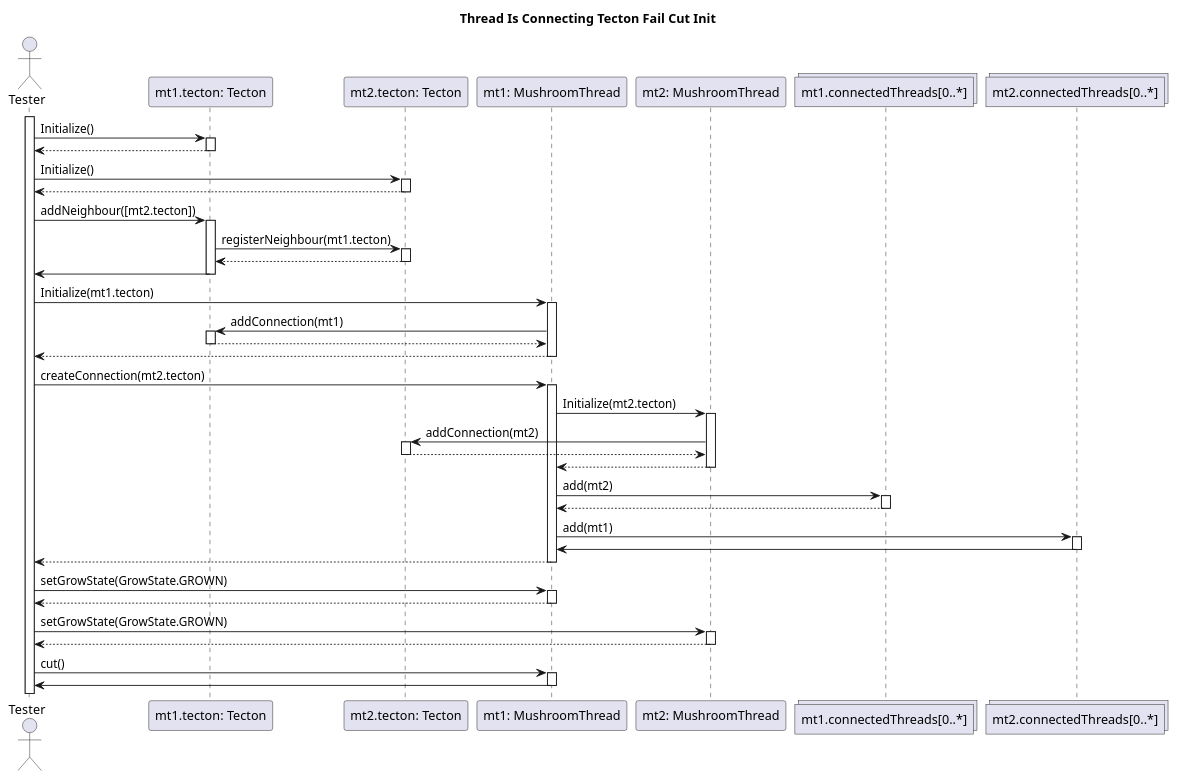
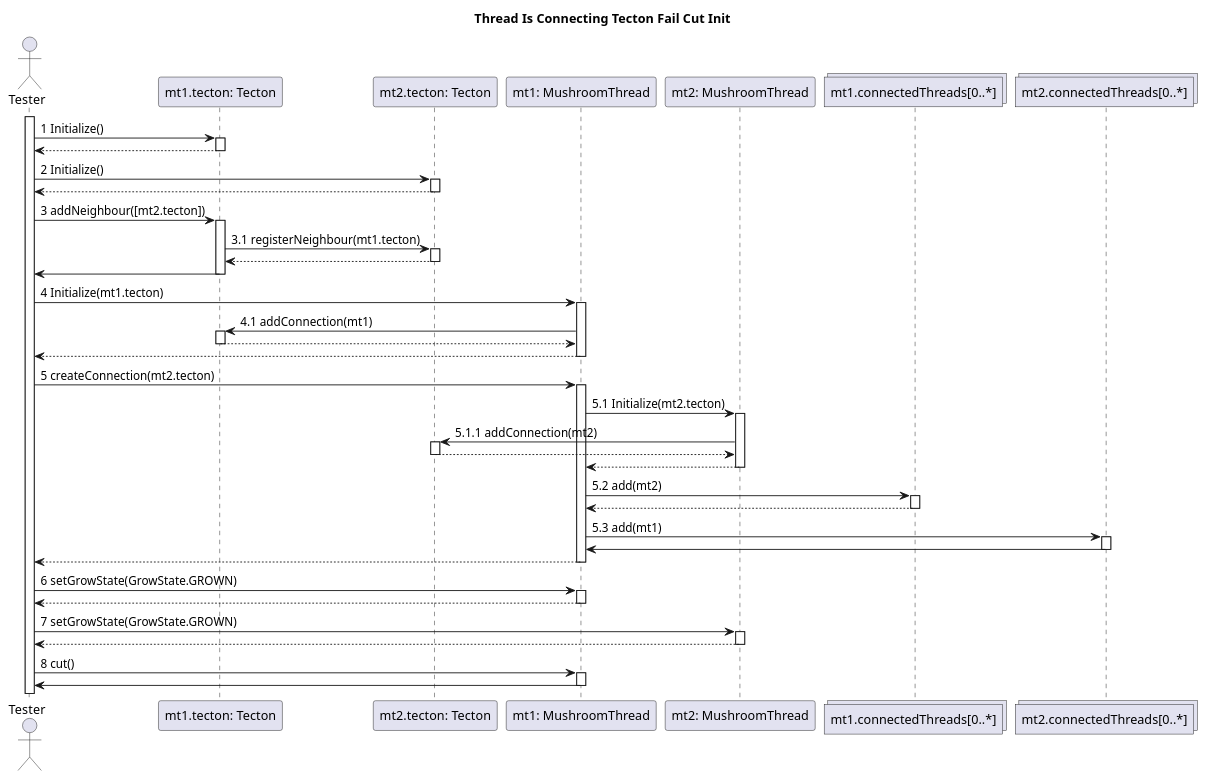
The diagram in diagrams/test-sequence/mushroom/communication-diagrams/connectingTectonFailCutComm.wsd (dzsem/projlab), drawn with PlantUML before and after one commit. The commit also changed 2 other files, not shown here.

Commit message:
Added sequence numbers to cd-s

```diff
--- a/diagrams/test-sequence/mushroom/communication-diagrams/connectingTectonFailCutComm.wsd
+++ b/diagrams/test-sequence/mushroom/communication-diagrams/connectingTectonFailCutComm.wsd
@@ -1,90 +1,90 @@
 @startuml Thread Is Traversible Fail Cut Init
 title Thread Is Connecting Tecton Fail Cut Init
 
 actor "Tester" as tester
 
 participant "mt1.tecton: Tecton" as t1
 participant "mt2.tecton: Tecton" as t2
 participant "mt1: MushroomThread" as mt1
 participant "mt2: MushroomThread" as mt2
 
 collections "mt1.connectedThreads[0..*]" as ct1
 collections "mt2.connectedThreads[0..*]" as ct2
 
 activate tester
 
 'Init tectons
-tester -> t1: Initialize()
+tester -> t1: 1 Initialize()
 activate t1
 t1 --> tester
 deactivate t1
 
-tester -> t2: Initialize()
+tester -> t2: 2 Initialize()
 activate t2
 t2 --> tester
 deactivate t2
 
 'Add neighbours
-tester -> t1: addNeighbour([mt2.tecton])
+tester -> t1: 3 addNeighbour([mt2.tecton])
 activate t1
-t1 -> t2: registerNeighbour(mt1.tecton)
+t1 -> t2: 3.1 registerNeighbour(mt1.tecton)
 activate t2
 t2 --> t1
 deactivate t2
 t1 -> tester
 deactivate t1
 
 'Add threads
-tester -> mt1: Initialize(mt1.tecton)
+tester -> mt1: 4 Initialize(mt1.tecton)
 activate mt1
-mt1 -> t1: addConnection(mt1)
+mt1 -> t1: 4.1 addConnection(mt1)
 activate t1
 t1 --> mt1
 deactivate t1
 mt1 --> tester 
 deactivate mt1
 
-tester -> mt1: createConnection(mt2.tecton)
+tester -> mt1: 5 createConnection(mt2.tecton)
 activate mt1
 
-mt1 -> mt2: Initialize(mt2.tecton)
+mt1 -> mt2: 5.1 Initialize(mt2.tecton)
 activate mt2
-mt2 -> t2: addConnection(mt2)
+mt2 -> t2: 5.1.1 addConnection(mt2)
 activate t2
 t2 --> mt2
 deactivate t2
 mt2 --> mt1
 deactivate mt2
 
-mt1 -> ct1: add(mt2)
+mt1 -> ct1: 5.2 add(mt2)
 activate ct1
 ct1 --> mt1
 deactivate ct1
 
 
-mt1 -> ct2: add(mt1)
+mt1 -> ct2: 5.3 add(mt1)
 activate ct2
 ct2 -> mt1
 deactivate ct2
 
 mt1 --> tester
 deactivate mt1
 
 'Set Grows
 
-tester -> mt1: setGrowState(GrowState.GROWN)
+tester -> mt1: 6 setGrowState(GrowState.GROWN)
 activate mt1
 mt1 --> tester
 deactivate mt1
 
-tester -> mt2: setGrowState(GrowState.GROWN)
+tester -> mt2: 7 setGrowState(GrowState.GROWN)
 activate mt2
 mt2 --> tester
 deactivate mt2
 
-tester -> mt1: cut()
+tester -> mt1: 8 cut()
 activate mt1
 mt1 -> tester
 deactivate mt1
 
 @enduml
```
